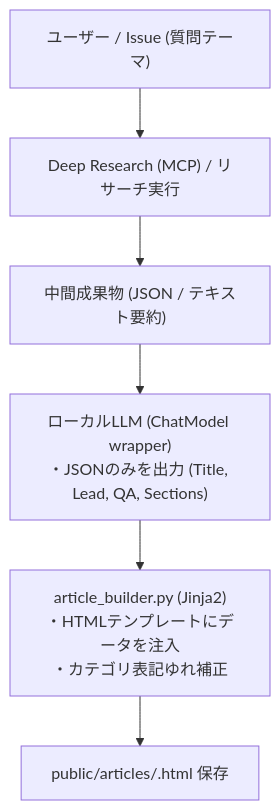
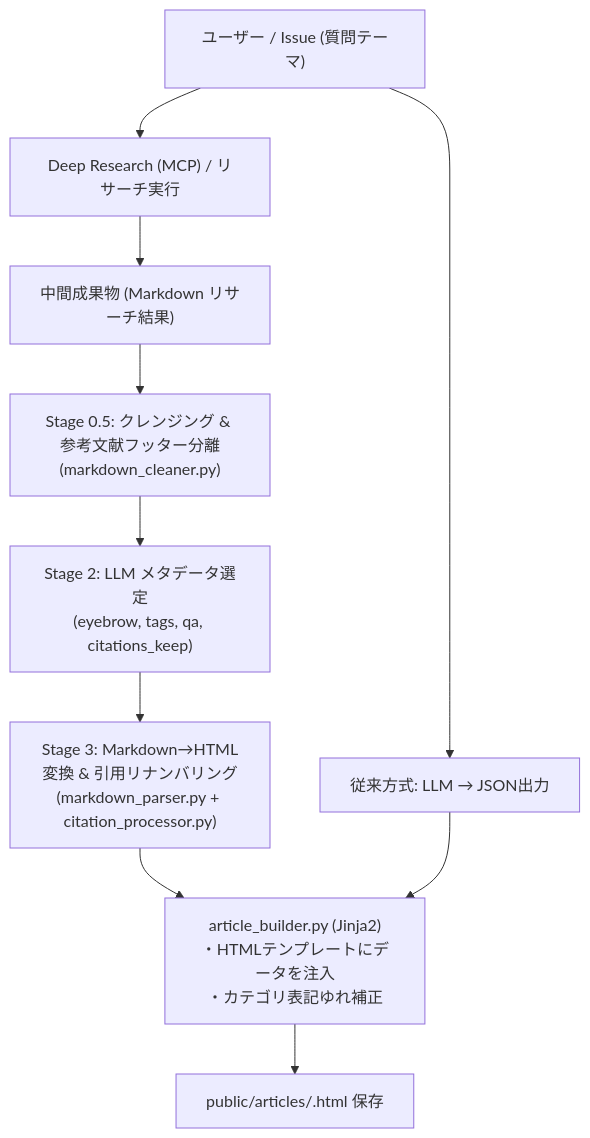
One commit to xzyozi/knowage-bank changed the first of 2 diagrams in docs/design/KNB-DD-007_詳細設計書_ローカルLLM運用仕様.md. Above: the diagram before and after it, drawn with Mermaid. The commit also changed other lines of this file and 7 other files, not shown here.

````diff
--- a/docs/design/KNB-DD-007_詳細設計書_ローカルLLM運用仕様.md
+++ b/docs/design/KNB-DD-007_詳細設計書_ローカルLLM運用仕様.md
@@ -93,8 +93,15 @@
 ```mermaid
 flowchart TD
     User["ユーザー / Issue (質問テーマ)"] --> MCP["Deep Research (MCP) / リサーチ実行"]
-    MCP --> MidData["中間成果物 (JSON / テキスト要約)"]
-    MidData --> LocalLLM["ローカルLLM (ChatModel wrapper)<br>・JSONのみを出力 (Title, Lead, QA, Sections)"]
-    LocalLLM --> Builder["article_builder.py (Jinja2)<br>・HTMLテンプレートにデータを注入<br>・カテゴリ表記ゆれ補正"]
+    MCP --> MidData["中間成果物 (Markdown リサーチ結果)"]
+    
+    MidData --> Stage05["Stage 0.5: クレンジング & 参考文献フッター分離\n(markdown_cleaner.py)"]
+    Stage05 --> LLMMeta["Stage 2: LLM メタデータ選定\n(eyebrow, tags, qa, citations_keep)"]
+    LLMMeta --> Stage3["Stage 3: Markdown→HTML変換 & 引用リナンバリング\n(markdown_parser.py + citation_processor.py)"]
+    Stage3 --> Builder["article_builder.py (Jinja2)\n・HTMLテンプレートにデータを注入\n・カテゴリ表記ゆれ補正"]
+    
+    User --> LegacyPath["従来方式: LLM → JSON出力"]
+    LegacyPath --> Builder
+    
     Builder --> SaveHTML["public/articles/<slug>.html 保存"]
 ```
````
